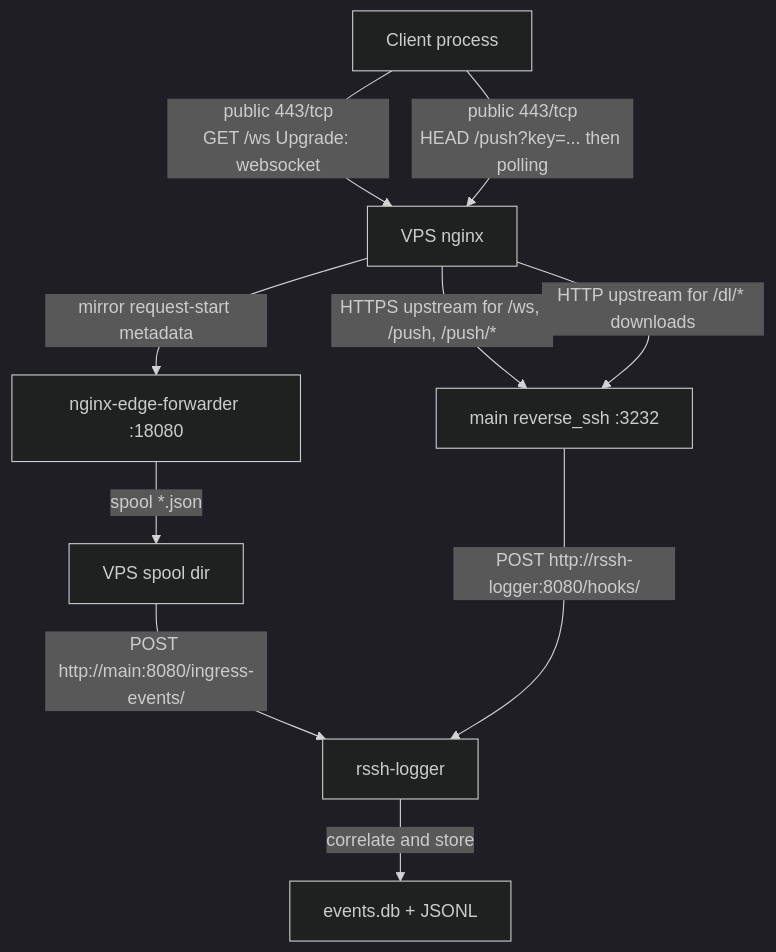
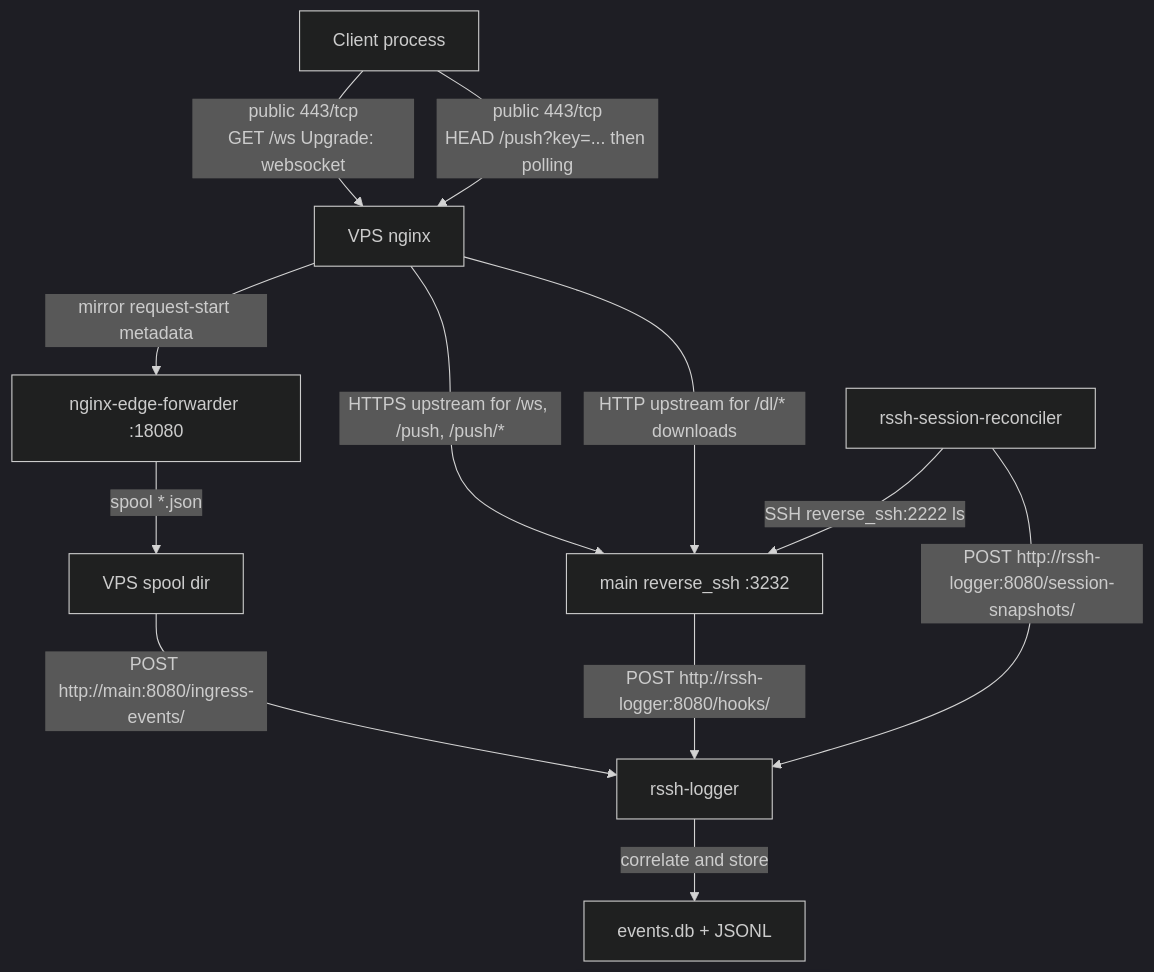
One commit to durck/reverse_logger changed the second of 16 diagrams in docs/architecture.md. Above: the diagram before and after it, drawn with Mermaid (dark theme). The commit also changed other lines of this file and 3 other files, not shown here.

Commit message:
docs: update monitoring architecture

````diff
--- a/docs/architecture.md
+++ b/docs/architecture.md
@@ -95,12 +100,14 @@
 ```mermaid
 flowchart TD
     A["Client process"] -->|"public 443/tcp\nGET /ws Upgrade: websocket"| B["VPS nginx"]
     A -->|"public 443/tcp\nHEAD /push?key=... then polling"| B
     B -->|"HTTPS upstream for /ws, /push, /push/*"| C["main reverse_ssh :3232"]
     B -->|"HTTP upstream for /dl/* downloads"| C
     B -->|"mirror request-start metadata"| D["nginx-edge-forwarder :18080"]
     D -->|"spool *.json"| E["VPS spool dir"]
     E -->|"POST http://main:8080/ingress-events/<token>"| F["rssh-logger"]
     C -->|"POST http://rssh-logger:8080/hooks/<token>"| F
+    H["rssh-session-reconciler"] -->|"SSH reverse_ssh:2222 ls"| C
+    H -->|"POST http://rssh-logger:8080/session-snapshots/<token>"| F
     F -->|"correlate and store"| G["events.db + JSONL"]
 ```
````
